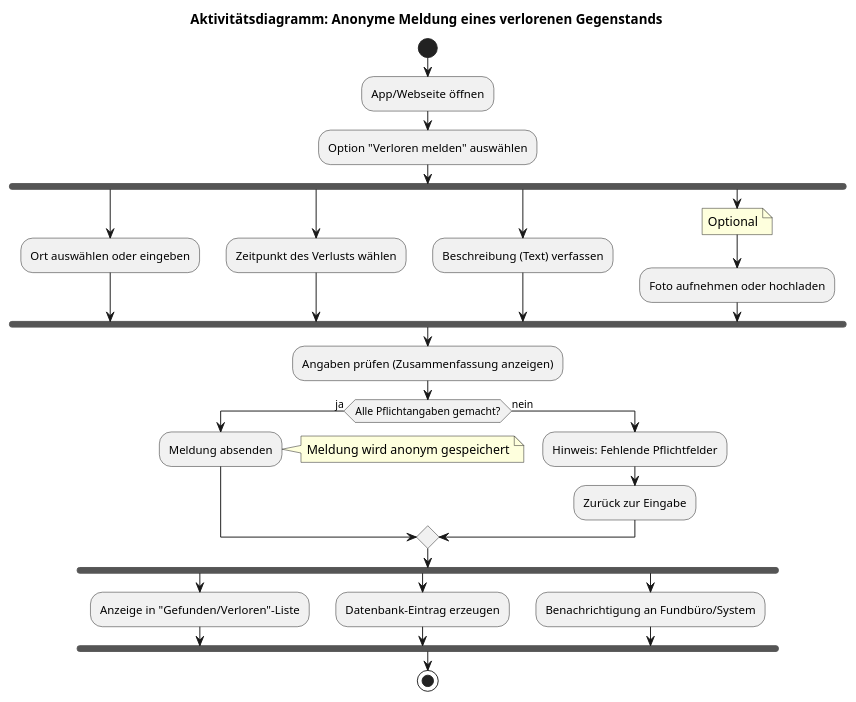
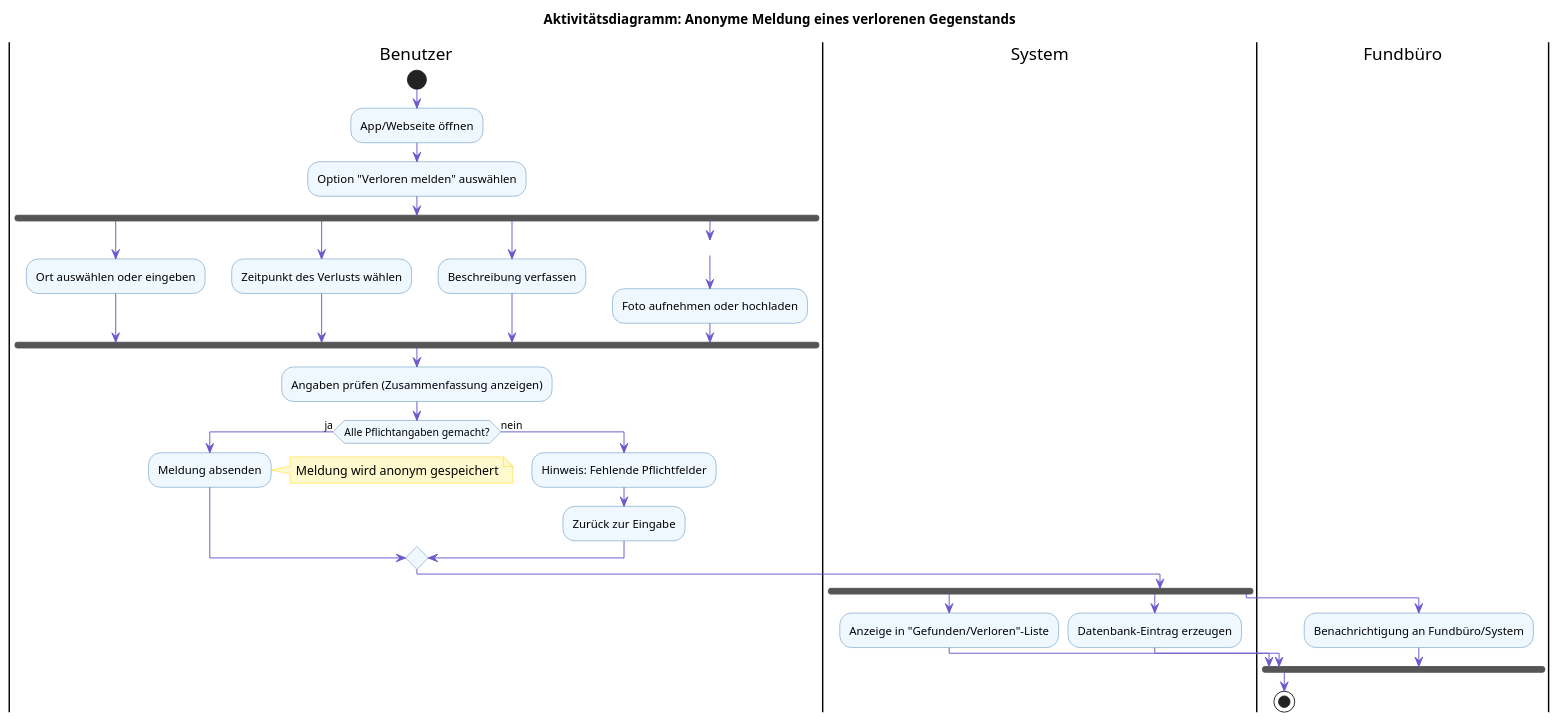
One commit to Tom0603/SoftwareEngineering_Lecture changed the diagram in docs/architecture/activity_diagram.puml. Above: the diagram before and after it, drawn with PlantUML.

Commit message:
Update activity diagram for lost item reporting

```diff
--- a/docs/architecture/activity_diagram.puml
+++ b/docs/architecture/activity_diagram.puml
@@ -1,39 +1,50 @@
 @startuml
 title Aktivitätsdiagramm: Anonyme Meldung eines verlorenen Gegenstands
+skinparam activity {
+  BackgroundColor #F0F8FF
+  BorderColor #4682B4
+  ArrowColor #6A5ACD
+}
+skinparam note {
+  BackgroundColor #FFFACD
+  BorderColor #FFD700
+}
 
+|Benutzer|
 start
-
 :App/Webseite öffnen;
 :Option "Verloren melden" auswählen;
 
 fork
   :Ort auswählen oder eingeben;
 fork again
   :Zeitpunkt des Verlusts wählen;
 fork again
-  :Beschreibung (Text) verfassen;
+  :Beschreibung verfassen;
 fork again
   note right: Optional
   :Foto aufnehmen oder hochladen;
 end fork
 
 :Angaben prüfen (Zusammenfassung anzeigen);
 
 if (Alle Pflichtangaben gemacht?) then (ja)
   :Meldung absenden;
   note right: Meldung wird anonym gespeichert
 else (nein)
   :Hinweis: Fehlende Pflichtfelder;
   :Zurück zur Eingabe;
 endif
 
+|System|
 fork
   :Anzeige in "Gefunden/Verloren"-Liste;
 fork again
   :Datenbank-Eintrag erzeugen;
 fork again
+  |Fundbüro|
   :Benachrichtigung an Fundbüro/System;
 end fork
 
 stop
 @enduml
```
